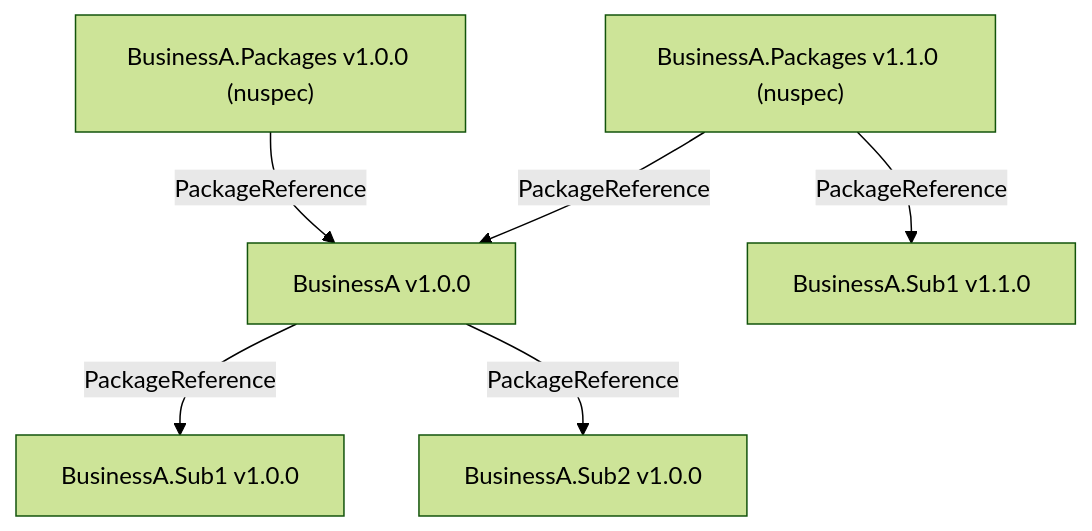
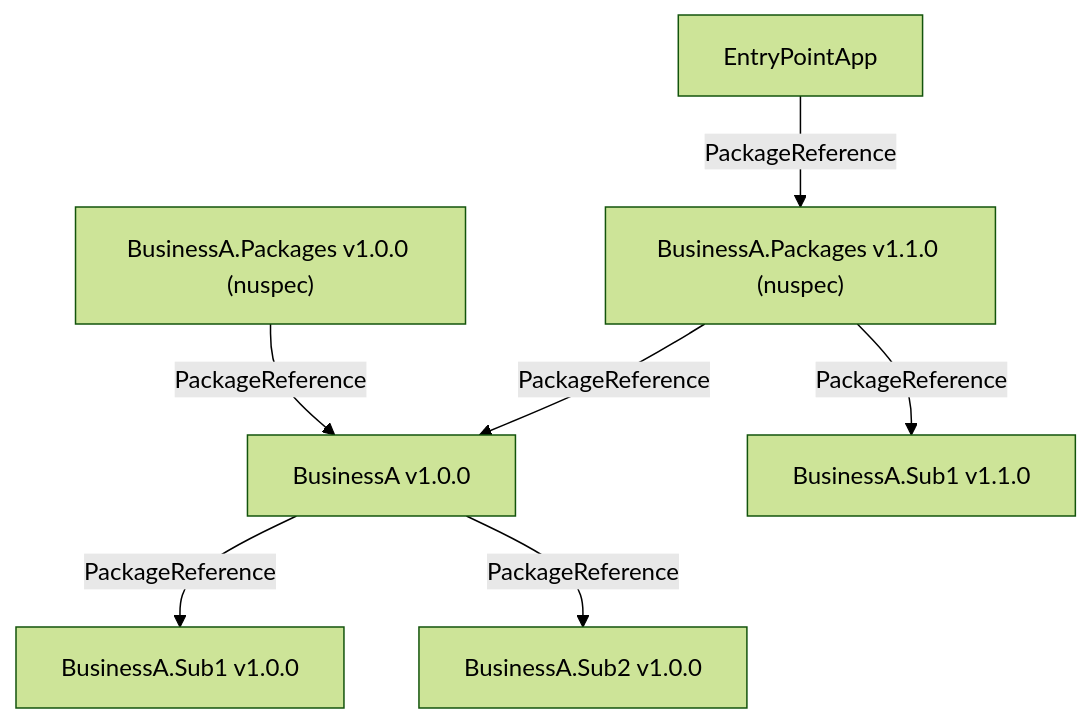
One commit to runceel/CentralPackageManagementLab changed the fourth of 5 diagrams in README.md. Above: the diagram before and after it, drawn with Mermaid (forest theme). The commit also changed other lines of this file, not shown here.

````diff
--- a/README.md
+++ b/README.md
@@ -172,16 +177,17 @@
 ```mermaid
 graph TD
+    EntryPointApp -->|PackageReference| PackagesV1.1
     PackagesV1["BusinessA.Packages v1.0.0 (nuspec)"]
     PackagesV1.1["BusinessA.Packages v1.1.0 (nuspec)"]
     RootV1[BusinessA v1.0.0]
     Sub1V1[BusinessA.Sub1 v1.0.0]
     Sub1V1.1[BusinessA.Sub1 v1.1.0]
     Sub2V1[BusinessA.Sub2 v1.0.0]
 
     PackagesV1 -->|PackageReference| RootV1
     RootV1 -->|PackageReference| Sub1V1
     RootV1 -->|PackageReference| Sub2V1
 
     PackagesV1.1 -->|PackageReference| RootV1
     PackagesV1.1 -->|PackageReference| Sub1V1.1
 ```
````
